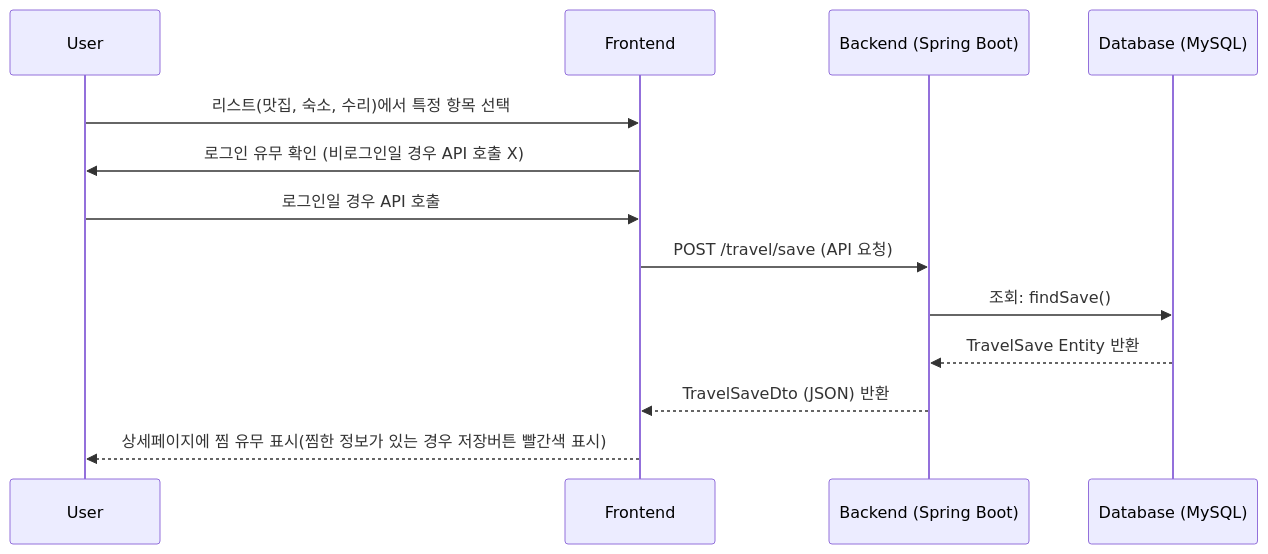
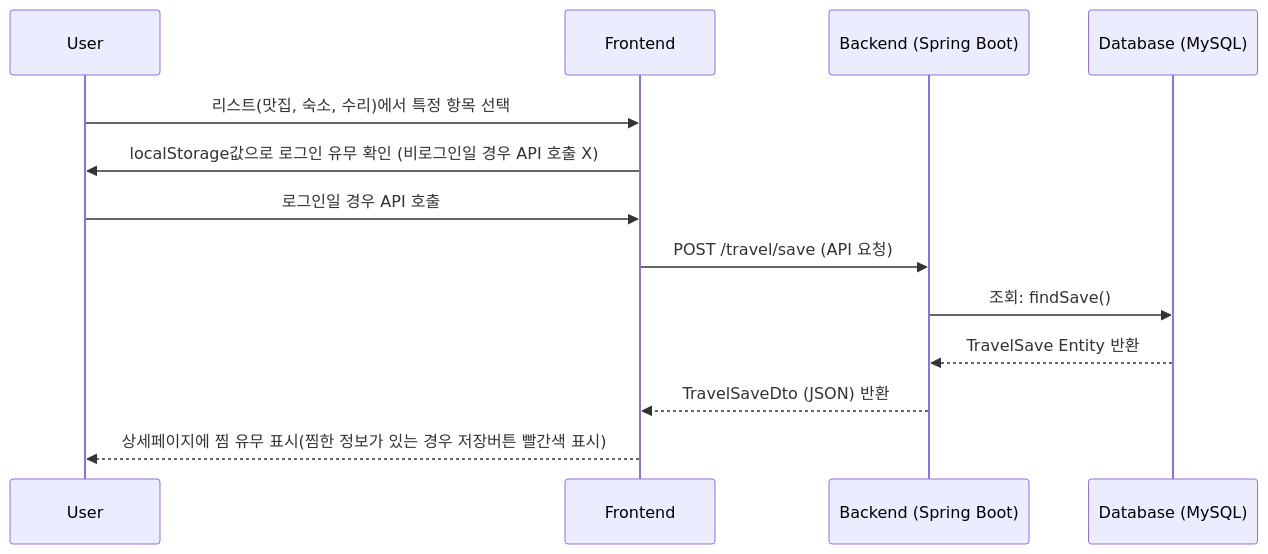
Before and after one commit to SUNGJISUCK95/teamproject: the fourth of 7 diagrams in bicycle-app/frontend/Travel.md, drawn with Mermaid. The commit also changed other lines of this file, not shown here.

````diff
--- a/bicycle-app/frontend/Travel.md
+++ b/bicycle-app/frontend/Travel.md
@@ -60,17 +60,17 @@
 ```mermaid
 sequenceDiagram
     participant User
     participant Frontend as Frontend
     participant Backend as Backend (Spring Boot)
     participant DB as Database (MySQL)
 
     %% 2. 회원별 찜 정보 가져오기
     User->>Frontend: 리스트(맛집, 숙소, 수리)에서 특정 항목 선택
-    Frontend->>User: 로그인 유무 확인 (비로그인일 경우 API 호출 X)
+    Frontend->>User: localStorage값으로 로그인 유무 확인 (비로그인일 경우 API 호출 X)
     User->>Frontend: 로그인일 경우 API 호출
     Frontend->>Backend: POST /travel/save (API 요청)
     Backend->>DB: 조회: findSave()
     DB-->>Backend: TravelSave Entity 반환
     Backend-->>Frontend: TravelSaveDto (JSON) 반환    
     Frontend-->>User: 상세페이지에 찜 유무 표시(찜한 정보가 있는 경우 저장버튼 빨간색 표시)
 ```
````
